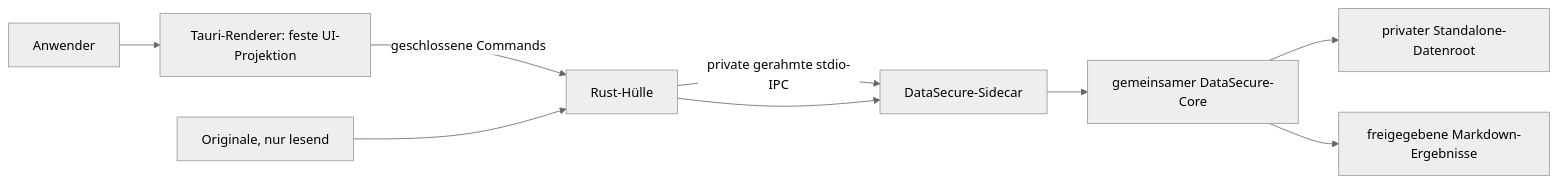
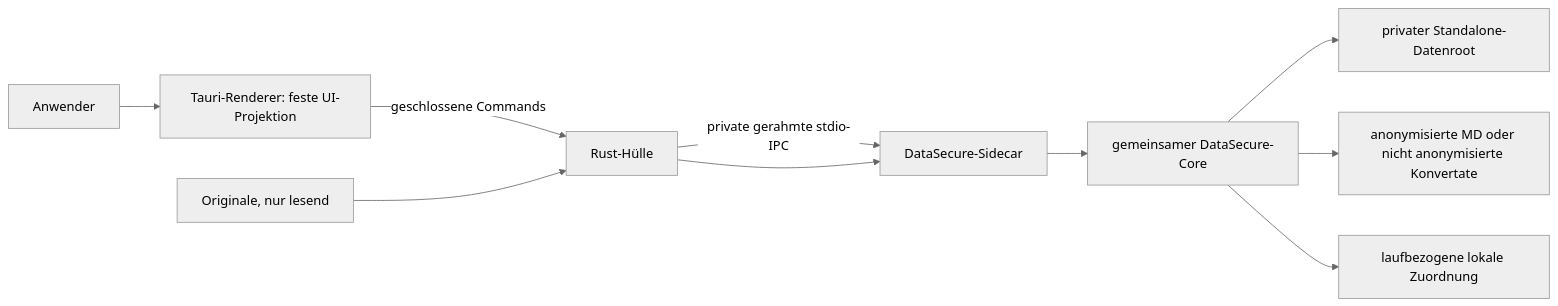
One commit to renepuhlmannarbeit/msg_gbh_DataSecure changed the diagram in docs/canonical/STANDALONE_SECURITY_MODEL.md. Above: the diagram before and after it, drawn with Mermaid (neutral theme). The commit also changed other lines of this file and 185 other files, not shown here.

````diff
--- a/docs/canonical/STANDALONE_SECURITY_MODEL.md
+++ b/docs/canonical/STANDALONE_SECURITY_MODEL.md
@@ -14,11 +14,12 @@
 ```mermaid
 flowchart LR
   U[Anwender] --> UI[Tauri-Renderer: feste UI-Projektion]
   UI -->|geschlossene Commands| R[Rust-Hülle]
   R -->|private gerahmte stdio-IPC| S[DataSecure-Sidecar]
   S --> C[gemeinsamer DataSecure-Core]
   C --> P[privater Standalone-Datenroot]
-  C --> O[freigegebene Markdown-Ergebnisse]
+  C --> O[anonymisierte MD oder nicht anonymisierte Konvertate]
+  C --> Z[laufbezogene lokale Zuordnung]
   X[Originale, nur lesend] --> R
   R --> S
 ```
````
